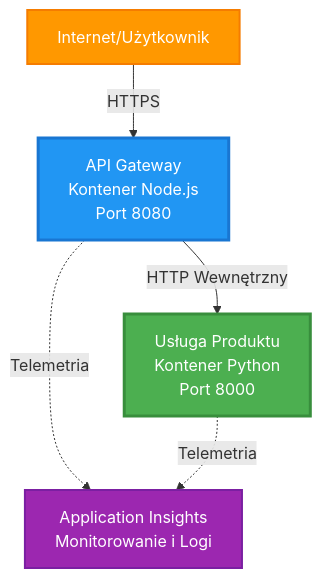
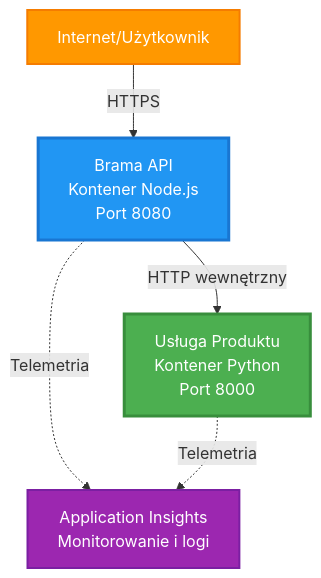
One commit to microsoft/AZD-for-beginners changed the first of 4 diagrams in translations/pl/examples/microservices/README.md. Above: the diagram before and after it, drawn with Mermaid. The commit also changed other lines of this file and 242 other files, not shown here.

````diff
--- a/translations/pl/examples/microservices/README.md
+++ b/translations/pl/examples/microservices/README.md
@@ -40,17 +32,17 @@
 ```mermaid
 graph TB
     Internet[Internet/Użytkownik]
-    Gateway[API Gateway<br/>Kontener Node.js<br/>Port 8080]
+    Gateway[Brama API<br/>Kontener Node.js<br/>Port 8080]
     Product[Usługa Produktu<br/>Kontener Python<br/>Port 8000]
-    AppInsights[Application Insights<br/>Monitorowanie i Logi]
+    AppInsights[Application Insights<br/>Monitorowanie i logi]
     
     Internet -->|HTTPS| Gateway
-    Gateway -->|HTTP Wewnętrzny| Product
+    Gateway -->|HTTP wewnętrzny| Product
     Gateway -.->|Telemetria| AppInsights
     Product -.->|Telemetria| AppInsights
     
     style Gateway fill:#2196F3,stroke:#1976D2,stroke-width:3px,color:#fff
     style Product fill:#4CAF50,stroke:#388E3C,stroke-width:3px,color:#fff
     style Internet fill:#FF9800,stroke:#F57C00,stroke-width:2px,color:#fff
     style AppInsights fill:#9C27B0,stroke:#7B1FA2,stroke-width:2px,color:#fff
-```
+```  
````
